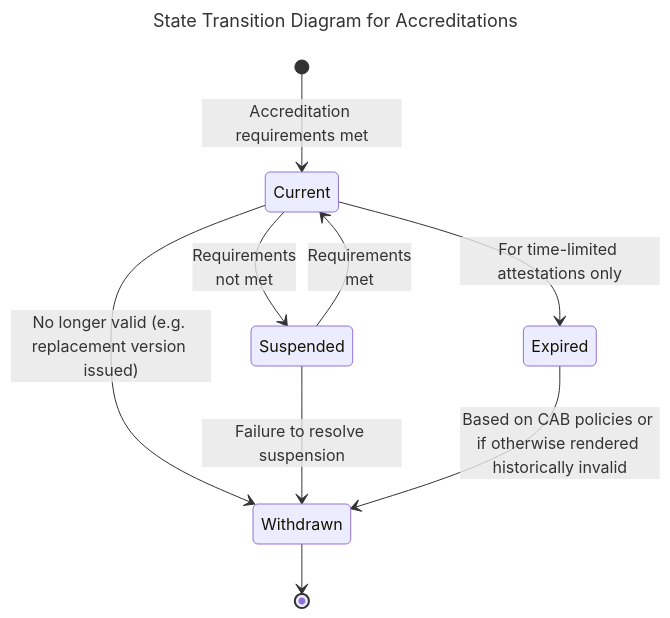
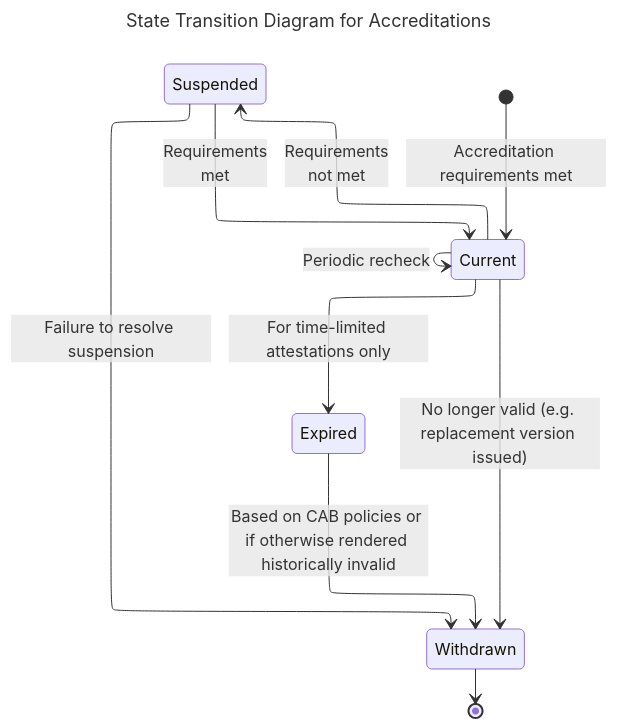
The second of 3 diagrams in docs/UNTP_IDR_Enabled-lifeCycle.md (sezoo-digital/Verifiable-Credential-Papers), drawn with Mermaid before and after one commit. The commit also changed 1 other file, not shown here.

Commit message:
Updates to diagram

````diff
--- a/docs/UNTP_IDR_Enabled-lifeCycle.md
+++ b/docs/UNTP_IDR_Enabled-lifeCycle.md
@@ -76,15 +76,25 @@
 ```mermaid
 ---
+config:
+   layout: elk
 title: State Transition Diagram for Accreditations
 ---
-stateDiagram
+stateDiagram-v2
   direction TB
-  [*] --> Current:Accreditation requirements met
-  Current --> Suspended:Requirements</br>not met
-  Current --> Withdrawn:No longer valid (e.g. replacement version issued)
-  Current --> Expired:For time-limited attestations only
-  Suspended --> Current:Requirements</br>met
-  Suspended --> Withdrawn:Failure to resolve suspension
-  Expired --> Withdrawn:Based on CAB policies or <br/>if otherwise rendered historically invalid
-  Withdrawn --> [*]
+  %% define states
+  C: Current
+  S: Suspended
+  X: Expired
+  W: Withdrawn
+
+  %% transitions
+  [*] --> C:Accreditation requirements met
+  C --> C : Periodic recheck
+  C --> S : Requirements</br>not met
+  C --> W : No longer valid (e.g. replacement version issued)
+  C --> X : For time-limited attestations only
+  S --> C : Requirements</br>met
+  S --> W : Failure to resolve suspension
+  X --> W : Based on CAB policies or <br/>if otherwise rendered historically invalid
+  W --> [*]
 ```
````
